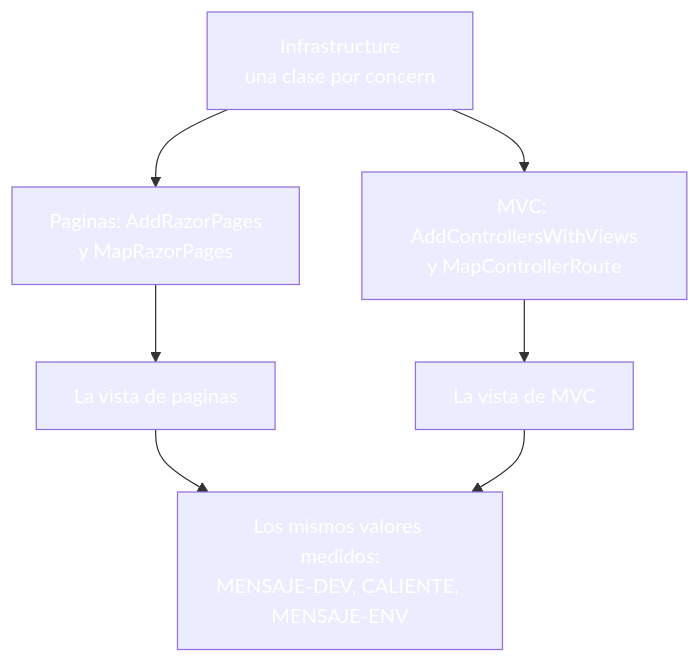
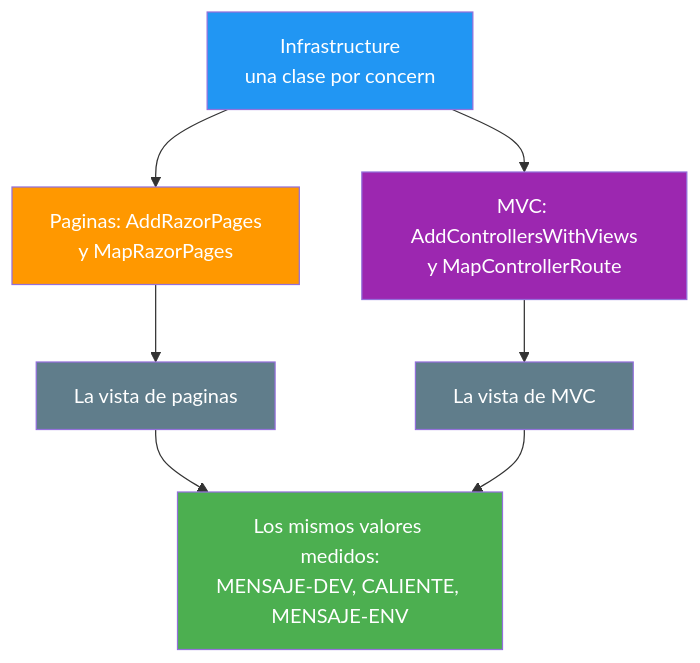
The sixth of 7 diagrams in 20-configuracion-entornos.md (joseluisgs/DesarrolloWebEntornosServidor-03-2026-2027), drawn with Mermaid before and after one commit. The commit also changed other lines of this file and 25 other files, not shown here.

Commit message:
docs: corregir los estilos Mermaid de los temas y alinear el dominio del tema 25 con ProductosApp

````diff
--- a/20-configuracion-entornos.md
+++ b/20-configuracion-entornos.md
@@ -476,15 +476,15 @@
 ```mermaid
 graph TD
     I["Infrastructure<br/>una clase por concern"] --> P["Paginas: AddRazorPages<br/>y MapRazorPages"]
     I --> M["MVC: AddControllersWithViews<br/>y MapControllerRoute"]
     P --> V1["La vista de paginas"]
     M --> V2["La vista de MVC"]
     V1 --> R["Los mismos valores medidos:<br/>MENSAJE-DEV, CALIENTE, MENSAJE-ENV"]
     V2 --> R
-    style I fill:#2196F,color:#fff3,color:#fff
-    style P fill:#FF980,color:#fff0,color:#fff
-    style M fill:#9C27B,color:#fff0,color:#fff
-    style V1 fill:#607D8,color:#fffB,color:#fff
-    style V2 fill:#607D8,color:#fffB,color:#fff
-    style R fill:#4CAF5,color:#fff0,color:#fff
+    style I fill:#2196F3,color:#fff
+    style P fill:#FF9800,color:#fff
+    style M fill:#9C27B0,color:#fff
+    style V1 fill:#607D8B,color:#fff
+    style V2 fill:#607D8B,color:#fff
+    style R fill:#4CAF50,color:#fff
 ```
````
